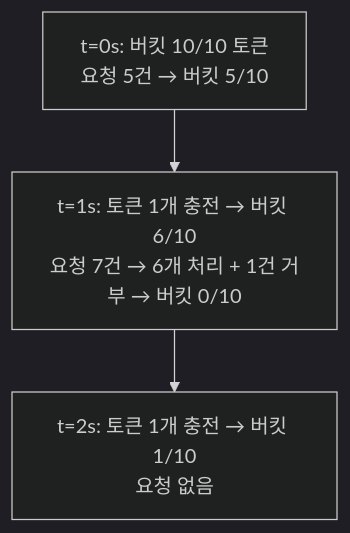
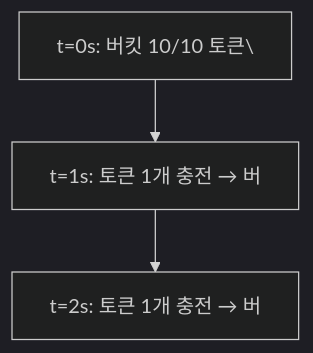
Before and after one commit to yjkim2015/yjkim2015.github.io: the seventh of 13 diagrams in _posts/spring/2026-05-01-rate-limiting.md, drawn with Mermaid (dark theme). The commit also changed other lines of this file and 271 other files, not shown here.

First line of the commit message:
Mermaid 라벨 축소: 긴 노드 텍스트 18자 이하로 트림 + \n 제거

````diff
--- a/_posts/spring/2026-05-01-rate-limiting.md
+++ b/_posts/spring/2026-05-01-rate-limiting.md
@@ -195,7 +195,7 @@
 ```mermaid
 graph TD
-    T0["t=0s: 버킷 10/10 토큰\n요청 5건 → 버킷 5/10"]
-    T1["t=1s: 토큰 1개 충전 → 버킷 6/10\n요청 7건 → 6개 처리 + 1건 거부 → 버킷 0/10"]
-    T2["t=2s: 토큰 1개 충전 → 버킷 1/10\n요청 없음"]
+    T0["t=0s: 버킷 10/10 토큰\"]
+    T1["t=1s: 토큰 1개 충전 → 버"]
+    T2["t=2s: 토큰 1개 충전 → 버"]
     T0 --> T1 --> T2
 ```
````
